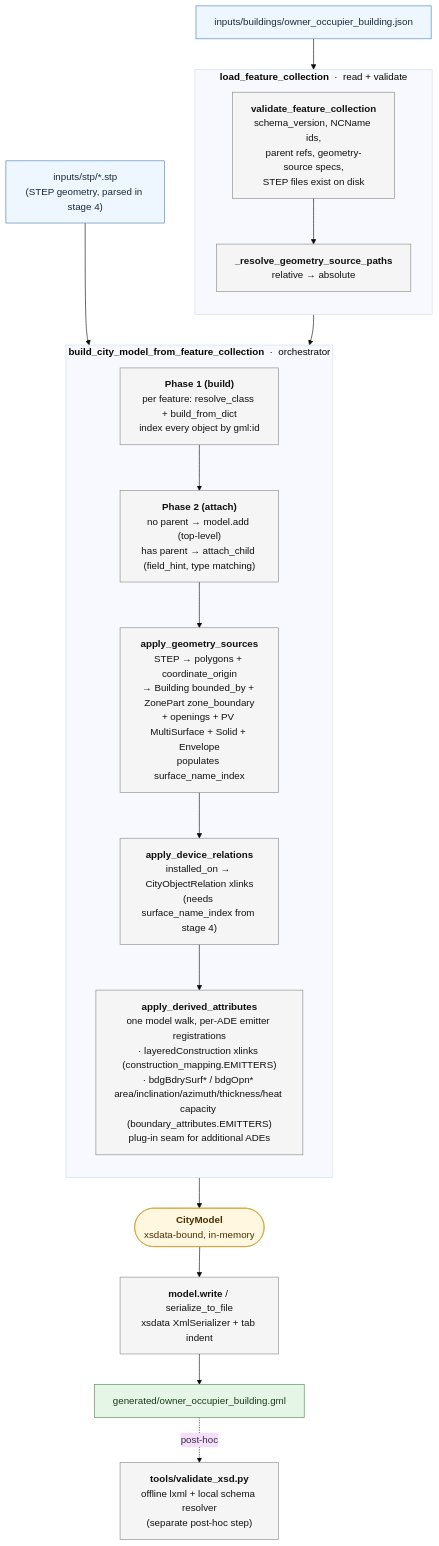
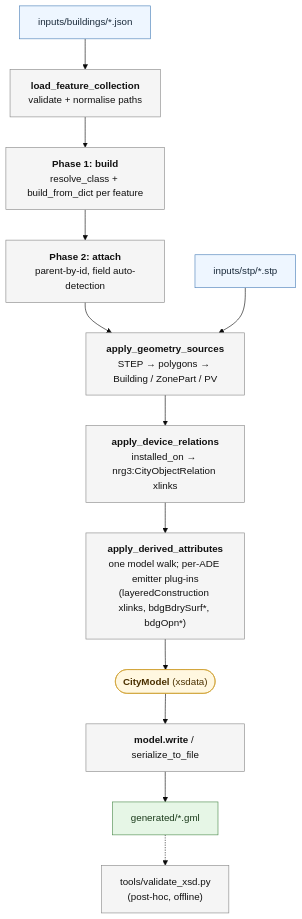
One commit to DaanSchlosser/CityGML2.0-EnergyADE3.0_creator changed the diagram in README.md. Above: the diagram before and after it, drawn with Mermaid (base theme). The commit also changed other lines of this file and 5 other files, not shown here.

````diff
--- a/README.md
+++ b/README.md
@@ -210,39 +132,26 @@
 ```mermaid
 flowchart TD
-    J["inputs/buildings/owner_occupier_building.json"]:::input
-    S["inputs/stp/*.stp<br/>(STEP geometry, parsed in stage 4)"]:::input
+    J["inputs/buildings/*.json"]:::input
+    S["inputs/stp/*.stp"]:::input
 
-    subgraph Load["<b>load_feature_collection</b> &nbsp;·&nbsp; read + validate"]
-        direction TB
-        V1["<b>validate_feature_collection</b><br/>schema_version, NCName ids,<br/>parent refs, geometry-source specs,<br/>STEP files exist on disk"]:::stage
-        V2["<b>_resolve_geometry_source_paths</b><br/>relative → absolute"]:::stage
-        V1 --> V2
-    end
+    L["<b>load_feature_collection</b><br/>validate + normalise paths"]:::stage
+    B1["<b>Phase 1: build</b><br/>resolve_class + build_from_dict per feature"]:::stage
+    B2["<b>Phase 2: attach</b><br/>parent-by-id, field auto-detection"]:::stage
+    G["<b>apply_geometry_sources</b><br/>STEP → polygons → Building / ZonePart / PV"]:::stage
+    D["<b>apply_device_relations</b><br/>installed_on → nrg3:CityObjectRelation xlinks"]:::stage
+    A["<b>apply_derived_attributes</b><br/>one model walk; per-ADE emitter plug-ins<br/>(layeredConstruction xlinks, bdgBdrySurf*, bdgOpn*)"]:::stage
 
-    subgraph Build["<b>build_city_model_from_feature_collection</b> &nbsp;·&nbsp; orchestrator"]
-        direction TB
-        P1["<b>Phase 1 (build)</b><br/>per feature: resolve_class + build_from_dict<br/>index every object by gml:id"]:::stage
-        P2["<b>Phase 2 (attach)</b><br/>no parent → model.add (top-level)<br/>has parent → attach_child (field_hint, type matching)"]:::stage
-        G["<b>apply_geometry_sources</b><br/>STEP → polygons + coordinate_origin<br/>→ Building bounded_by + ZonePart zone_boundary<br/>+ openings + PV MultiSurface + Solid + Envelope<br/>populates surface_name_index"]:::stage
-        D["<b>apply_device_relations</b><br/>installed_on → CityObjectRelation xlinks<br/>(needs surface_name_index from stage 4)"]:::stage
-        B["<b>apply_derived_attributes</b><br/>one model walk, per-ADE emitter registrations<br/>· layeredConstruction xlinks (construction_mapping.EMITTERS)<br/>· bdgBdrySurf* / bdgOpn* area/inclination/azimuth/thickness/heat capacity (boundary_attributes.EMITTERS)<br/>plug-in seam for additional ADEs"]:::stage
-        P1 --> P2 --> G --> D --> B
-    end
+    CM(["<b>CityModel</b> (xsdata)"]):::model
+    W["<b>model.write</b> / serialize_to_file"]:::stage
+    OUT["generated/*.gml"]:::output
+    VAL["tools/validate_xsd.py<br/>(post-hoc, offline)"]:::stage
 
-    CM(["<b>CityModel</b><br/>xsdata-bound, in-memory"]):::model
-    W["<b>model.write</b> / serialize_to_file<br/>xsdata XmlSerializer + tab indent"]:::stage
-    OUT["generated/owner_occupier_building.gml"]:::output
-    VAL["<b>tools/validate_xsd.py</b><br/>offline lxml + local schema resolver<br/>(separate post-hoc step)"]:::stage
-
-    J --> V1
-    V2 --> P1
+    J --> L --> B1 --> B2 --> G --> D --> A --> CM --> W --> OUT
     S --> G
-    B --> CM
-    CM --> W --> OUT
-    OUT -.->|post-hoc| VAL
+    OUT -.-> VAL
 
     classDef input fill:#eef6ff,stroke:#4a7fb8,color:#1a2a3a;
     classDef stage fill:#f5f5f5,stroke:#888,color:#111;
     classDef model fill:#fff7e0,stroke:#d0a030,color:#4a3000;
     classDef output fill:#e6f6e6,stroke:#4a8a4a,color:#1a3a1a;
 ```
````
